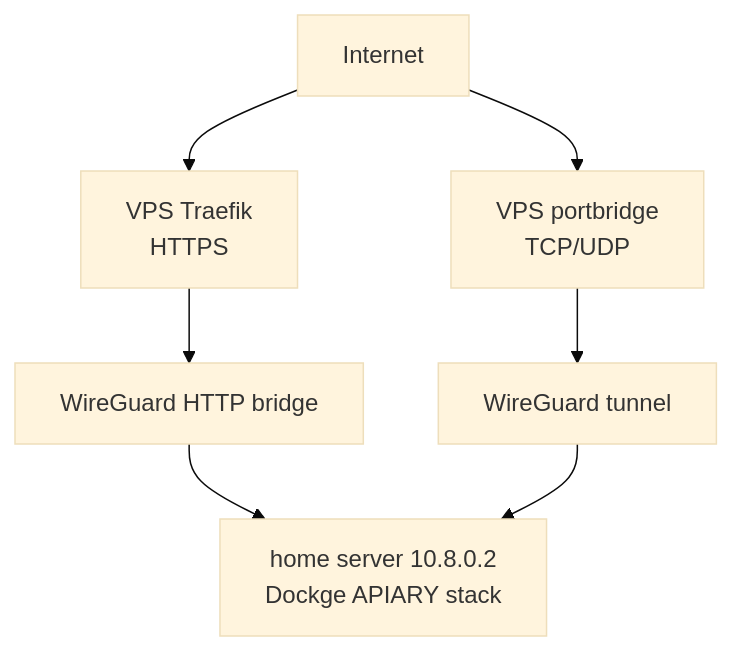
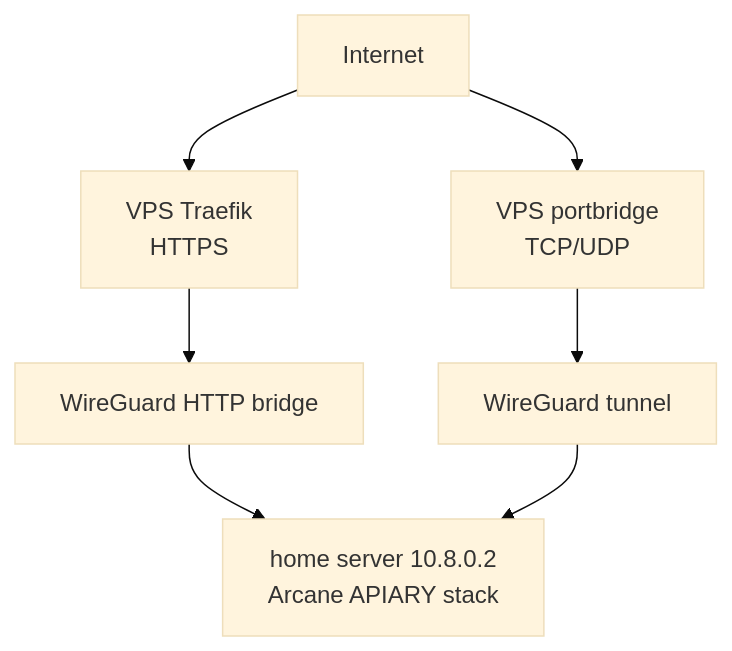
The first of 2 diagrams in docs/CGNAT-DEPLOYMENT.md (Xore/APIARY), drawn with Mermaid (base theme) before and after one commit. The commit also changed other lines of this file and 12 other files, not shown here.

````diff
--- a/docs/CGNAT-DEPLOYMENT.md
+++ b/docs/CGNAT-DEPLOYMENT.md
@@ -6,9 +6,9 @@
 ```mermaid
 flowchart TD
     Internet --> Traefik["VPS Traefik<br/>HTTPS"]
     Internet --> Portbridge["VPS portbridge<br/>TCP/UDP"]
     Traefik --> HTTPBridge["WireGuard HTTP bridge"]
     Portbridge --> Tunnel["WireGuard tunnel"]
-    HTTPBridge --> Home["home server 10.8.0.2<br/>Dockge APIARY stack"]
+    HTTPBridge --> Home["home server 10.8.0.2<br/>Arcane APIARY stack"]
     Tunnel --> Home
 ```
````
